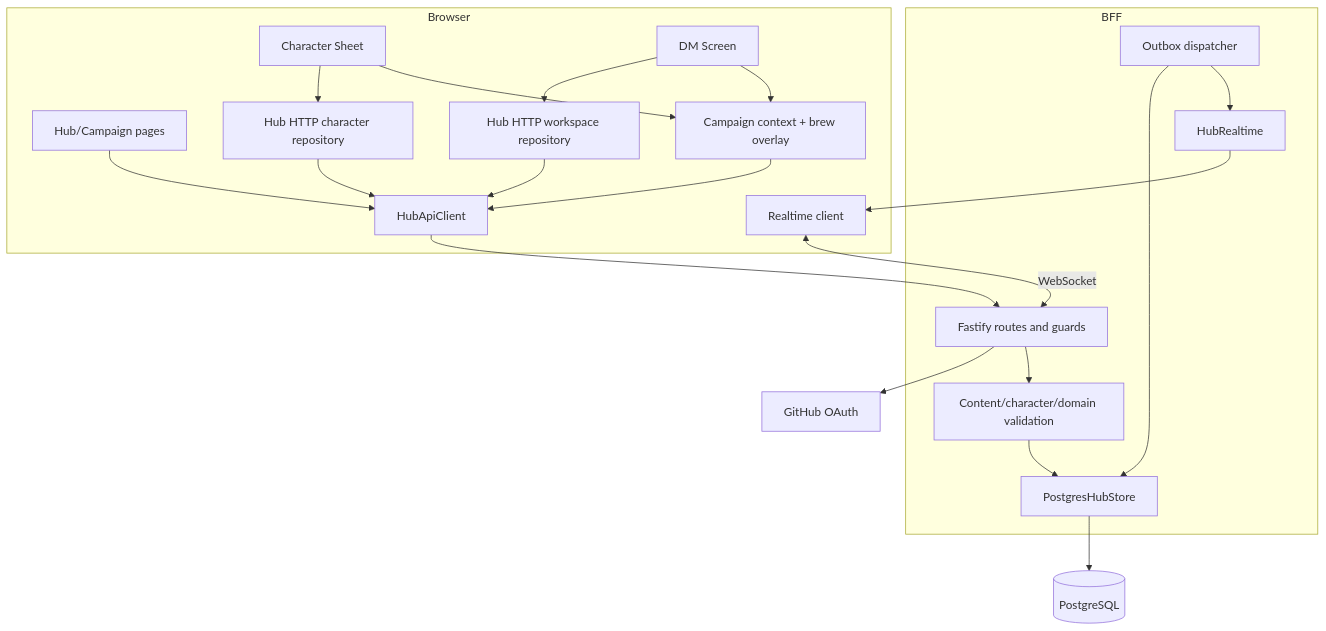
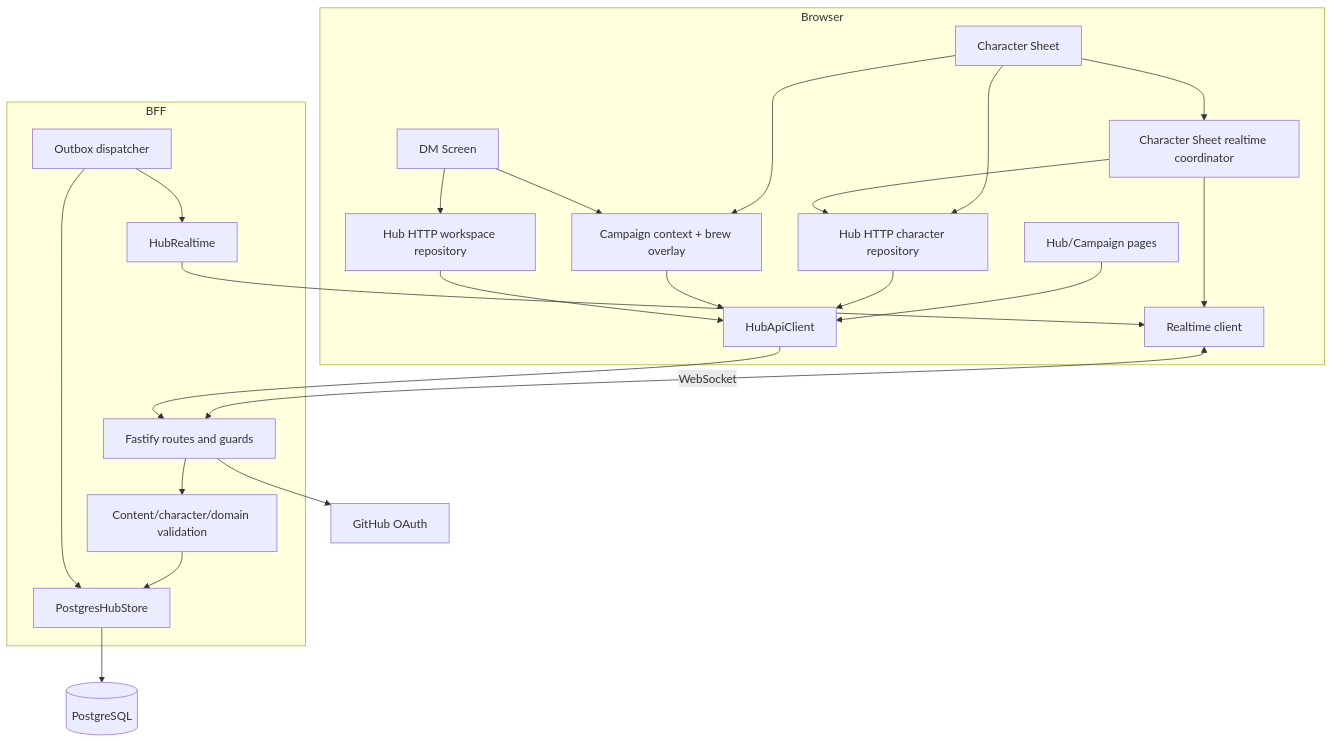
The first of 5 diagrams in docs/hub/architecture.md (TrueMichato/ThelemarTools), drawn with Mermaid before and after one commit. The commit also changed other lines of this file and 20 other files, not shown here.

````diff
--- a/docs/hub/architecture.md
+++ b/docs/hub/architecture.md
@@ -22,37 +22,40 @@
 ```mermaid
 flowchart TB
   subgraph Browser
     HubPage[Hub/Campaign pages]
     Sheet[Character Sheet]
     Board[DM Screen]
     API[HubApiClient]
     CharRepo[Hub HTTP character repository]
+    SheetRT[Character Sheet realtime coordinator]
     DmRepo[Hub HTTP workspace repository]
     Context[Campaign context + brew overlay]
     RT[Realtime client]
   end
 
   subgraph BFF
     Routes[Fastify routes and guards]
     Store[PostgresHubStore]
     Validate[Content/character/domain validation]
     Realtime[HubRealtime]
     Dispatch[Outbox dispatcher]
   end
 
   PG[(PostgreSQL)]
   OAuth[GitHub OAuth]
 
   HubPage --> API
   Sheet --> CharRepo --> API
   Sheet --> Context --> API
+  Sheet --> SheetRT --> RT
+  SheetRT --> CharRepo
   Board --> DmRepo --> API
   Board --> Context
   RT <-->|WebSocket| Routes
   API --> Routes
   Routes --> OAuth
   Routes --> Validate --> Store --> PG
   Dispatch --> Store
   Dispatch --> Realtime
   Realtime --> RT
 ```
````
